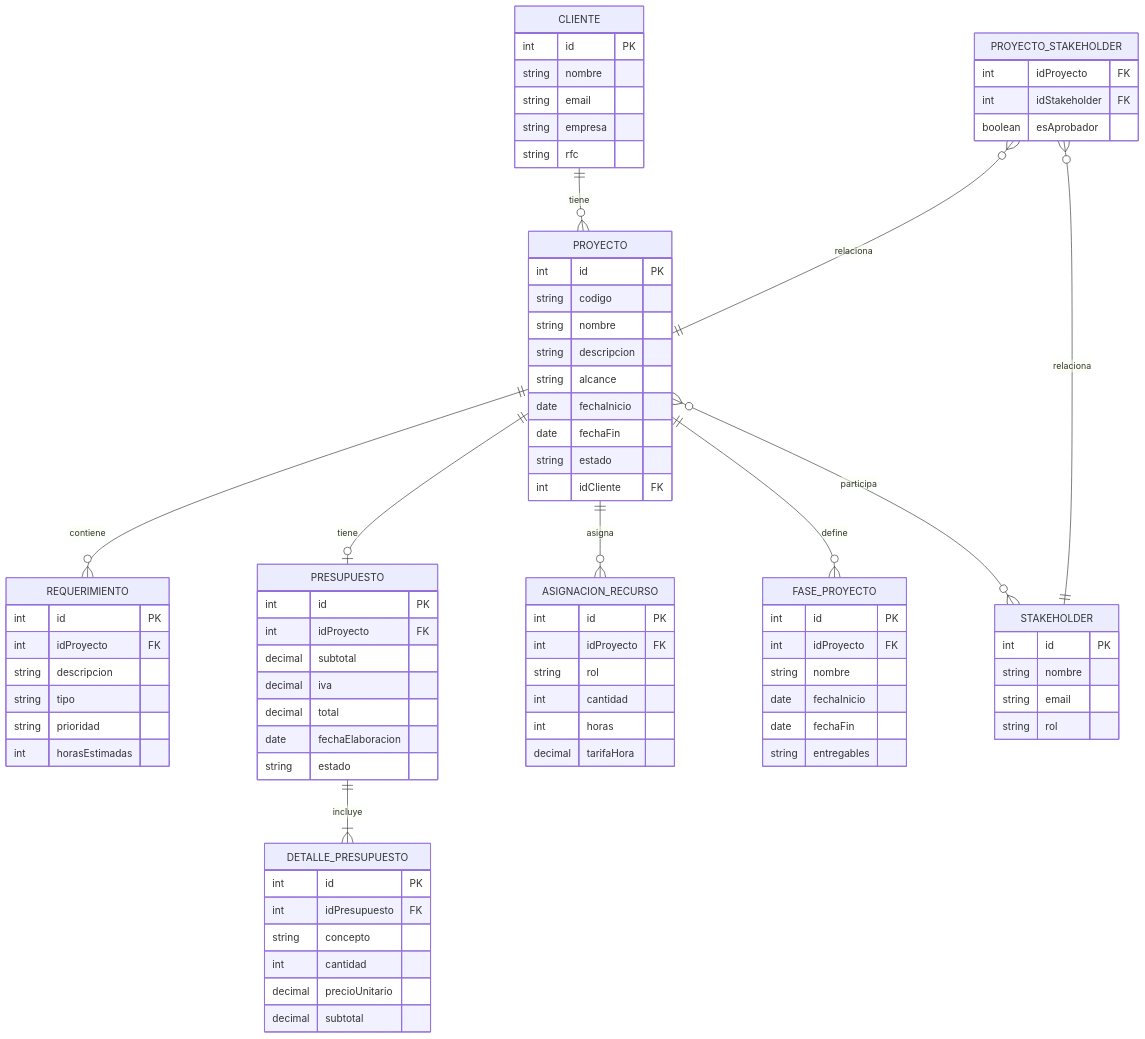
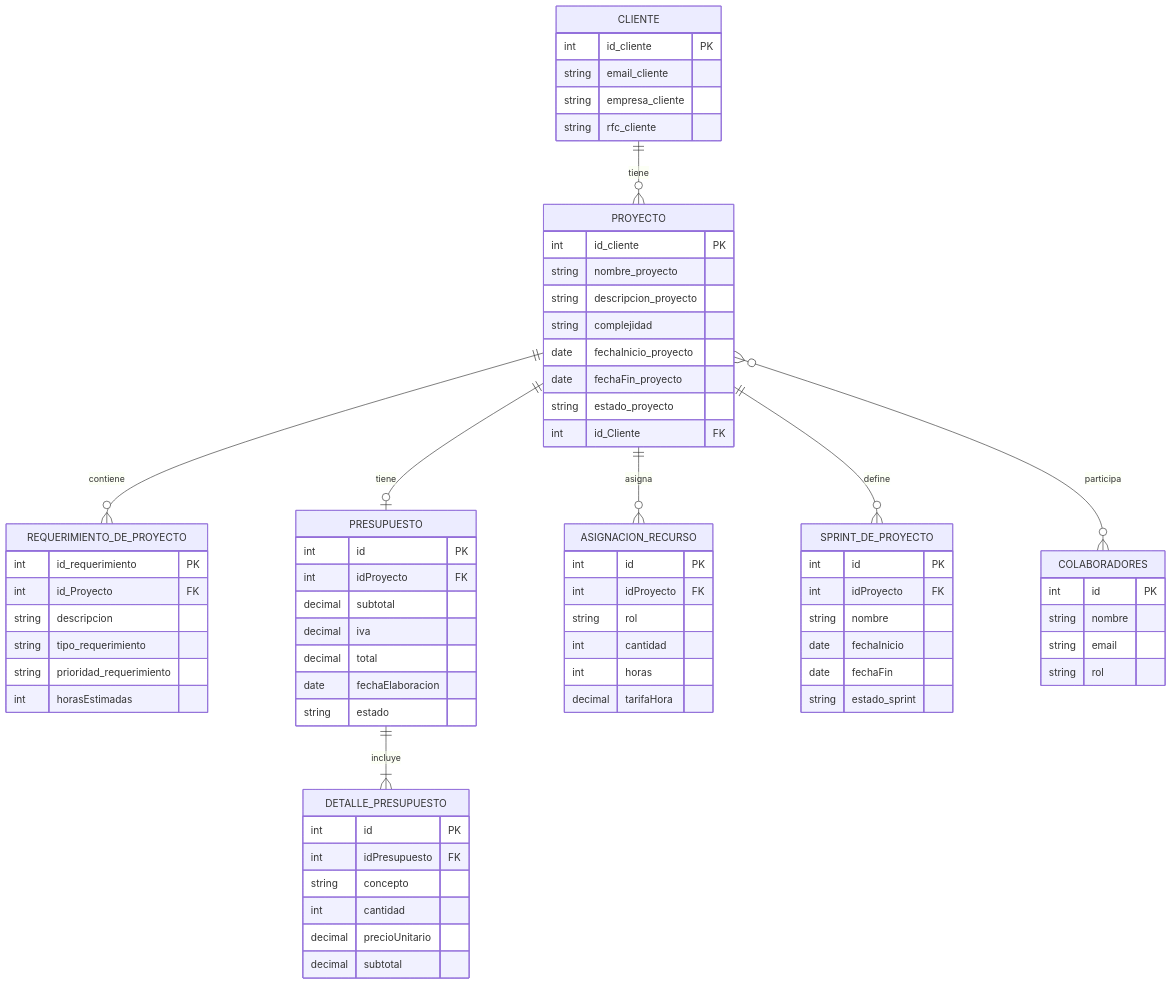
One commit to Pollix27/NGINX-Start_project changed the diagram in src/main/resources/Diagramas/Diagrama ER.mermaid. Above: the diagram before and after it, drawn with Mermaid.

Commit message:
se actualizaro el diagrama Entidad relacion

```diff
--- a/src/main/resources/Diagramas/Diagrama ER.mermaid
+++ b/src/main/resources/Diagramas/Diagrama ER.mermaid
@@ -1,89 +1,79 @@
 erDiagram
     CLIENTE ||--o{ PROYECTO : "tiene"
-    PROYECTO ||--o{ REQUERIMIENTO : "contiene"
+    PROYECTO ||--o{ REQUERIMIENTO_DE_PROYECTO : "contiene"
     PROYECTO ||--o| PRESUPUESTO : "tiene"
     PRESUPUESTO ||--|{ DETALLE_PRESUPUESTO : "incluye"
     PROYECTO ||--o{ ASIGNACION_RECURSO : "asigna"
-    PROYECTO ||--o{ FASE_PROYECTO : "define"
-    PROYECTO }o--o{ STAKEHOLDER : "participa"
-    PROYECTO_STAKEHOLDER }o--|| PROYECTO : "relaciona"
-    PROYECTO_STAKEHOLDER }o--|| STAKEHOLDER : "relaciona"
+    PROYECTO ||--o{ SPRINT_DE_PROYECTO  : "define"
+    PROYECTO }o--o{ COLABORADORES : "participa"
 
     CLIENTE {
-        int id PK
-        string nombre
-        string email
-        string empresa
-        string rfc
+        int id_cliente PK
+        string email_cliente
+        string empresa_cliente
+        string rfc_cliente
     }
 
     PROYECTO {
-        int id PK
-        string codigo
-        string nombre
-        string descripcion
-        string alcance
-        date fechaInicio
-        date fechaFin
-        string estado
-        int idCliente FK
+        int id_cliente PK
+        string nombre_proyecto
+        string descripcion_proyecto
+        string complejidad
+        date fechaInicio_proyecto
+        date fechaFin_proyecto
+        string estado_proyecto
+        int id_Cliente FK
     }
 
-    REQUERIMIENTO {
-        int id PK
-        int idProyecto FK
+    REQUERIMIENTO_DE_PROYECTO {
+        int id_requerimiento PK
+        int id_Proyecto FK
         string descripcion
-        string tipo
-        string prioridad
+        string tipo_requerimiento
+        string prioridad_requerimiento
         int horasEstimadas
     }
 
     PRESUPUESTO {
         int id PK
         int idProyecto FK
         decimal subtotal
         decimal iva
         decimal total
         date fechaElaboracion
         string estado
     }
 
     DETALLE_PRESUPUESTO {
         int id PK
         int idPresupuesto FK
         string concepto
         int cantidad
         decimal precioUnitario
         decimal subtotal
     }
 
     ASIGNACION_RECURSO {
         int id PK
         int idProyecto FK
         string rol
         int cantidad
         int horas
         decimal tarifaHora
     }
 
-    FASE_PROYECTO {
+    SPRINT_DE_PROYECTO {
         int id PK
         int idProyecto FK
         string nombre
         date fechaInicio
         date fechaFin
-        string entregables
+        string estado_sprint
     }
 
-    STAKEHOLDER {
+    COLABORADORES {
         int id PK
         string nombre
         string email
         string rol
     }
-
-    PROYECTO_STAKEHOLDER {
-        int idProyecto FK
-        int idStakeholder FK
-        boolean esAprobador
-    }
```
